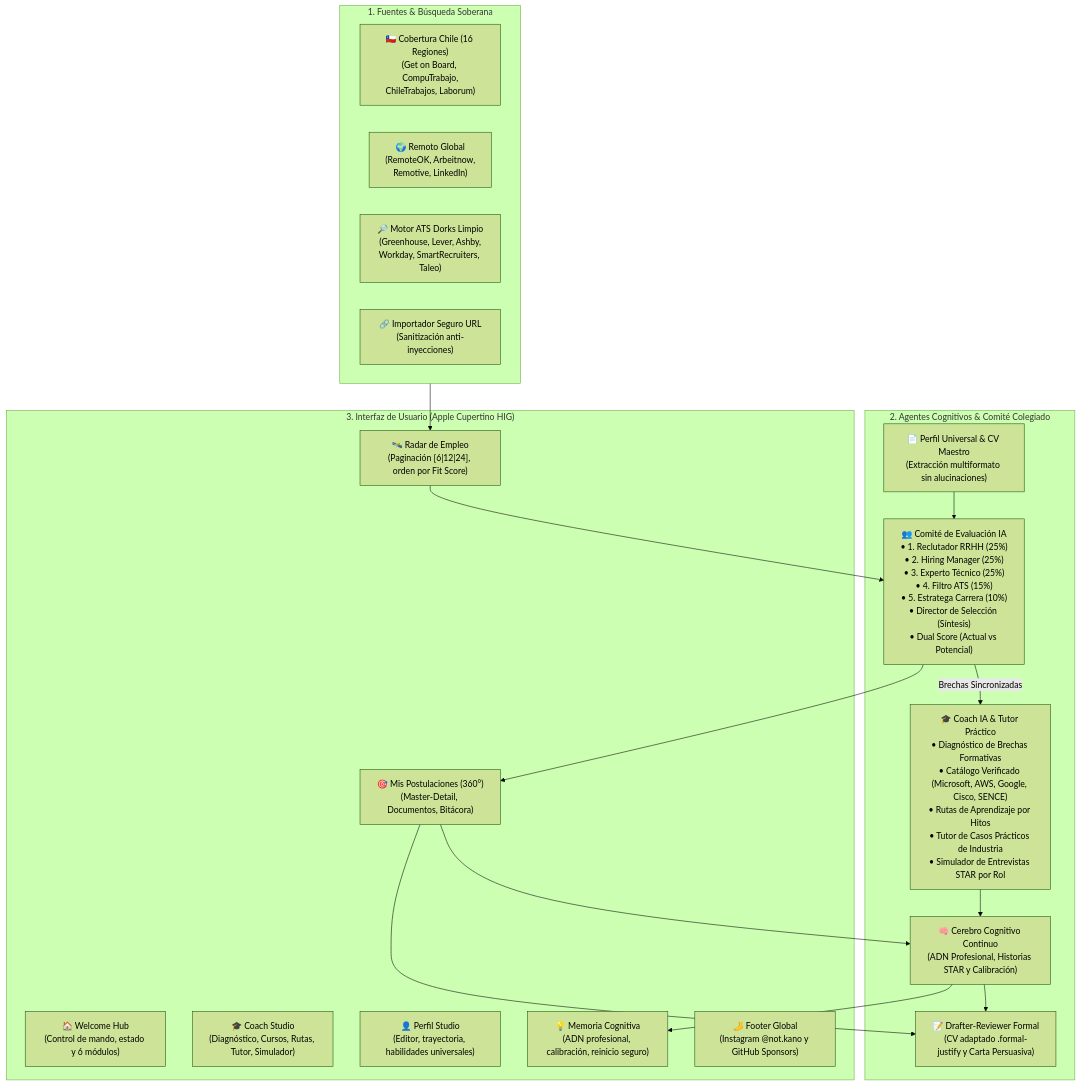
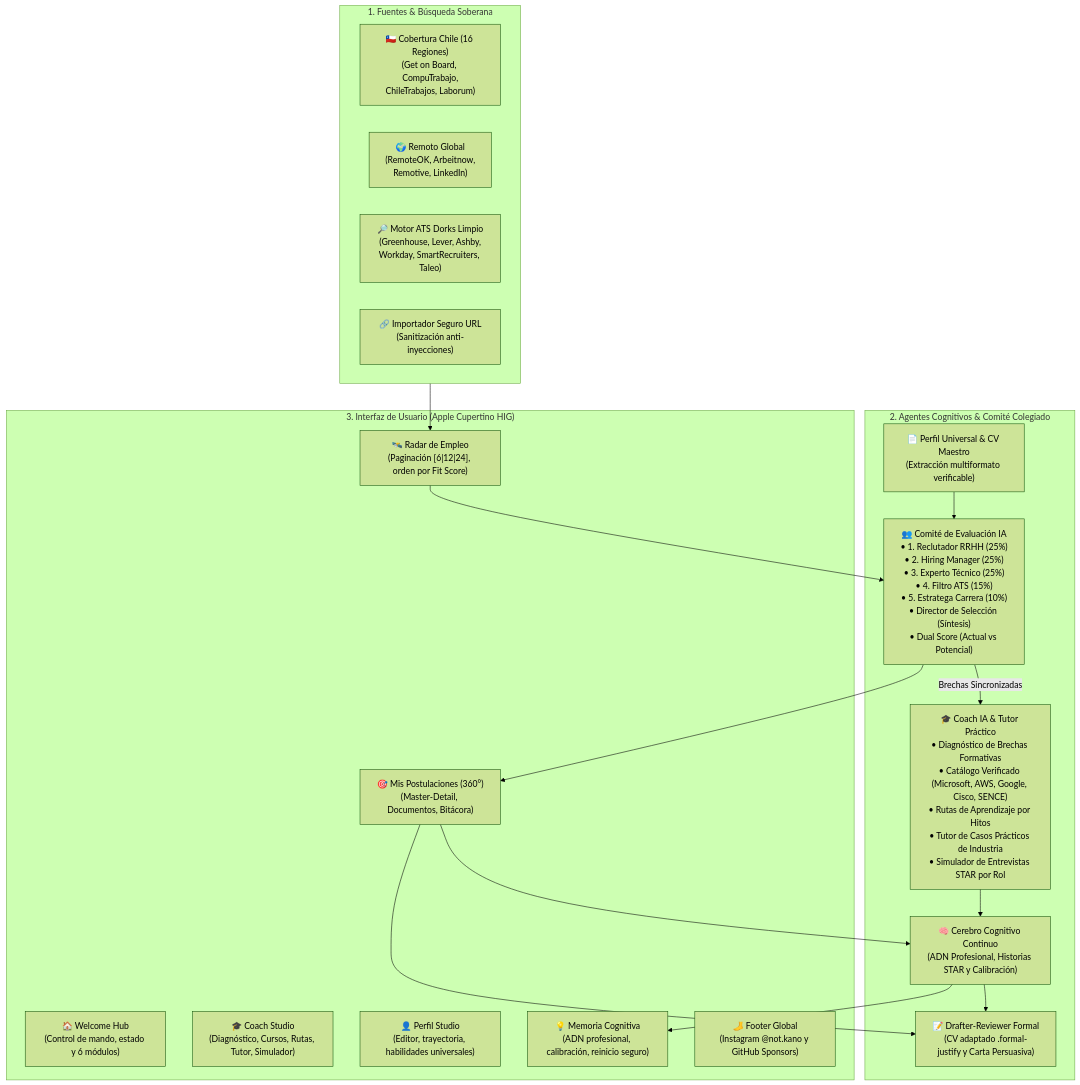
The diagram in README.md (alejandroham/Oportia.jobs), drawn with Mermaid (forest theme) before and after one commit. The commit also changed other lines of this file and 2 other files, not shown here.

````diff
--- a/README.md
+++ b/README.md
@@ -38,38 +38,38 @@
 ```mermaid
 flowchart TD
     subgraph Fuentes ["1. Fuentes & Búsqueda Soberana"]
         Chile["🇨🇱 Cobertura Chile (16 Regiones)\n(Get on Board, CompuTrabajo,\nChileTrabajos, Laborum)"]
         Global["🌍 Remoto Global\n(RemoteOK, Arbeitnow,\nRemotive, LinkedIn)"]
         Dorks["🔎 Motor ATS Dorks Limpio\n(Greenhouse, Lever, Ashby,\nWorkday, SmartRecruiters, Taleo)"]
         URL["🔗 Importador Seguro URL\n(Sanitización anti-inyecciones)"]
     end
 
     subgraph Inteligencia ["2. Agentes Cognitivos & Comité Colegiado"]
-        Profile["📄 Perfil Universal & CV Maestro\n(Extracción multiformato sin alucinaciones)"]
+        Profile["📄 Perfil Universal & CV Maestro\n(Extracción multiformato verificable)"]
         Committee["👥 Comité de Evaluación IA\n• 1. Reclutador RRHH (25%)\n• 2. Hiring Manager (25%)\n• 3. Experto Técnico (25%)\n• 4. Filtro ATS (15%)\n• 5. Estratega Carrera (10%)\n• Director de Selección (Síntesis)\n• Dual Score (Actual vs Potencial)"]
         CoachIA["🎓 Coach IA & Tutor Práctico\n• Diagnóstico de Brechas Formativas\n• Catálogo Verificado (Microsoft, AWS, Google, Cisco, SENCE)\n• Rutas de Aprendizaje por Hitos\n• Tutor de Casos Prácticos de Industria\n• Simulador de Entrevistas STAR por Rol"]
         Drafter["📝 Drafter-Reviewer Formal\n(CV adaptado .formal-justify y Carta Persuasiva)"]
         MemoryEngine["🧠 Cerebro Cognitivo Continuo\n(ADN Profesional, Historias STAR y Calibración)"]
     end
 
     subgraph Presentacion ["3. Interfaz de Usuario (Apple Cupertino HIG)"]
         WelcomeUI["🏠 Welcome Hub\n(Control de mando, estado y 6 módulos)"]
         RadarUI["🛰️ Radar de Empleo\n(Paginación [6|12|24], orden por Fit Score)"]
         TrackerUI["🎯 Mis Postulaciones (360°)\n(Master-Detail, Documentos, Bitácora)"]
         CoachUI["🎓 Coach Studio\n(Diagnóstico, Cursos, Rutas, Tutor, Simulador)"]
         ProfileUI["👤 Perfil Studio\n(Editor, trayectoria, habilidades universales)"]
         MemoryUI["💡 Memoria Cognitiva\n(ADN profesional, calibración, reinicio seguro)"]
         FooterUI["🦶 Footer Global\n(Instagram @not.kano y GitHub Sponsors)"]
     end
 
     Fuentes --> RadarUI
     Profile --> Committee
     RadarUI --> Committee
     Committee -->|Brechas Sincronizadas| CoachIA
     Committee --> TrackerUI
     TrackerUI --> Drafter
     CoachIA --> MemoryEngine
     TrackerUI --> MemoryEngine
     MemoryEngine --> Drafter
     MemoryEngine --> MemoryUI
 ```
````
